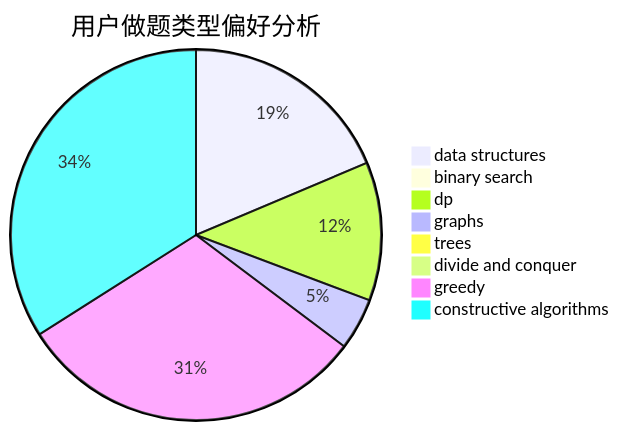
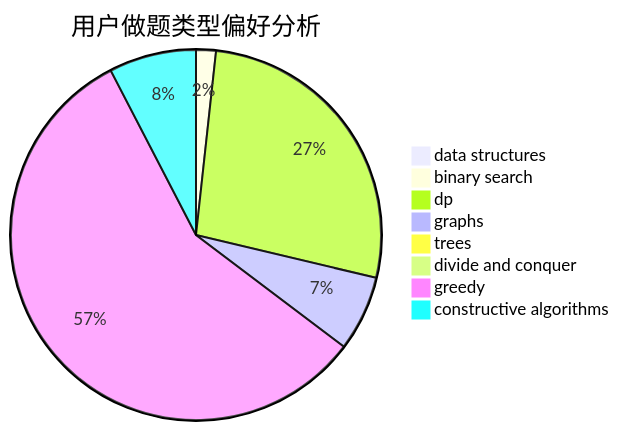
One commit to sherpahu/cfrs.github.io changed the second of 3 diagrams in docs/user/u2193.md. Above: the diagram before and after it, drawn with Mermaid. The commit also changed other lines of this file and 2770 other files, not shown here.

````diff
--- a/docs/user/u2193.md
+++ b/docs/user/u2193.md
@@ -23,11 +23,11 @@
 ```mermaid
 pie title 用户做题类型偏好分析
-    "data structures" :  74
-    "binary search" :  0
-    "dp" :  48
-    "graphs" :  18
-    "trees" :  0
-    "divide and conquer" :  0
-    "greedy" :  122
-    "constructive algorithms" :  135
+    "data structures" :  0
+    "binary search" :  5
+    "dp" :  78
+    "graphs" :  19
+    "trees" :  1
+    "divide and conquer" :  1
+    "greedy" :  165
+    "constructive algorithms" :  22
 ```
````
